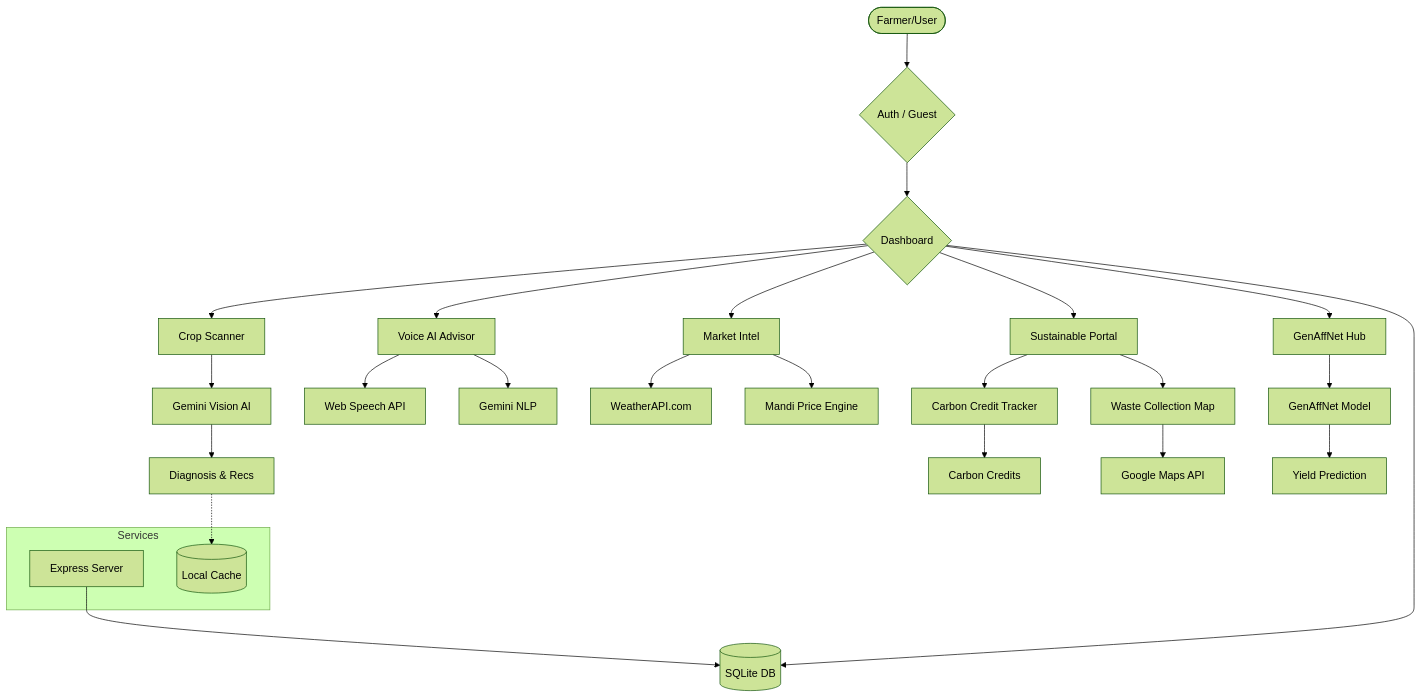
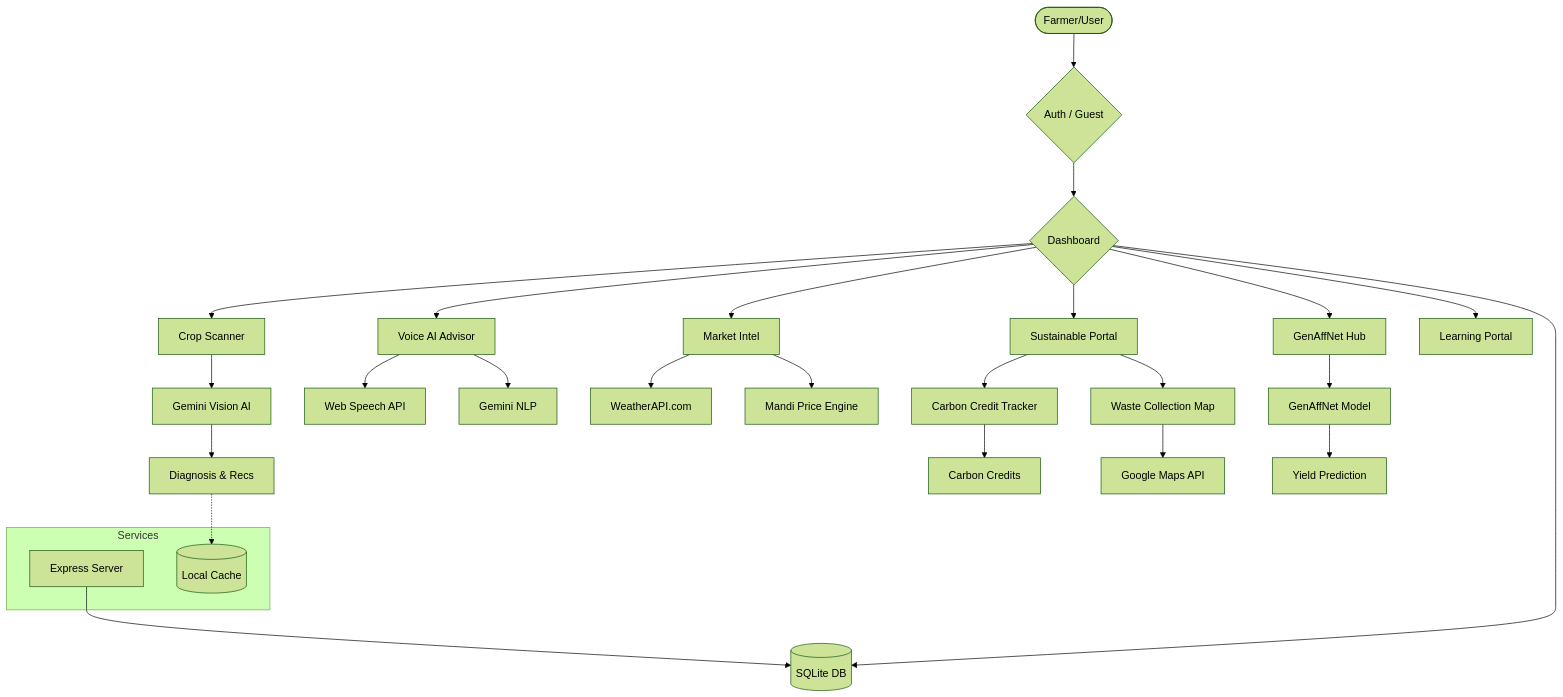
The first of 2 diagrams in README.md (TanayKapoor21/AGRISAGE), drawn with Mermaid (forest theme) before and after one commit. The commit also changed other lines of this file, not shown here.

Commit message:
docs: update README with Learning Portal details

````diff
--- a/README.md
+++ b/README.md
@@ -13,37 +13,38 @@
 ```mermaid
 graph TD
     User([Farmer/User]) --> Auth{Auth / Guest}
     Auth --> Dashboard{Dashboard}
     
     Dashboard --> Scanner[Crop Scanner]
     Dashboard --> Advisor[Voice AI Advisor]
     Dashboard --> Market[Market Intel]
     Dashboard --> Sustainable[Sustainable Portal]
     Dashboard --> ML[GenAffNet Hub]
+    Dashboard --> Learning[Learning Portal]
     
     Dashboard --> SQLite[(SQLite DB)]
     
     Scanner --> GeminiV[Gemini Vision AI]
     Advisor --> WebSpeech[Web Speech API]
     Advisor --> GeminiC[Gemini NLP]
     Market --> WeatherAPI[WeatherAPI.com]
     Market --> MandiAPI[Mandi Price Engine]
     
     Sustainable --> CarbonTrack[Carbon Credit Tracker]
     Sustainable --> WasteMap[Waste Collection Map]
     WasteMap --> GoogleMaps[Google Maps API]
     
     ML --> DeepLearning[GenAffNet Model]
     
     GeminiV --> Results[Diagnosis & Recs]
     DeepLearning --> Yield[Yield Prediction]
     CarbonTrack --> Credits[Carbon Credits]
     
     subgraph Services
         ExpressBackend[Express Server]
         CacheService[(Local Cache)]
     end
     
     ExpressBackend --> SQLite
     Results -.-> CacheService
 ```
````
